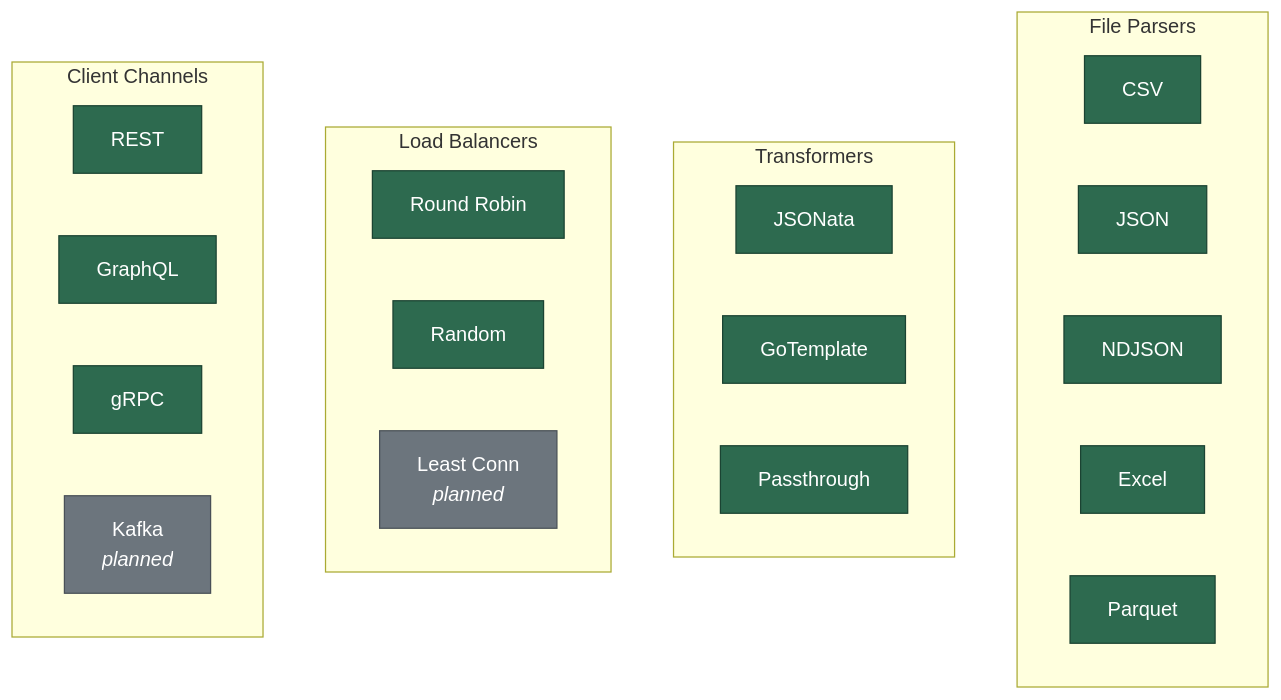
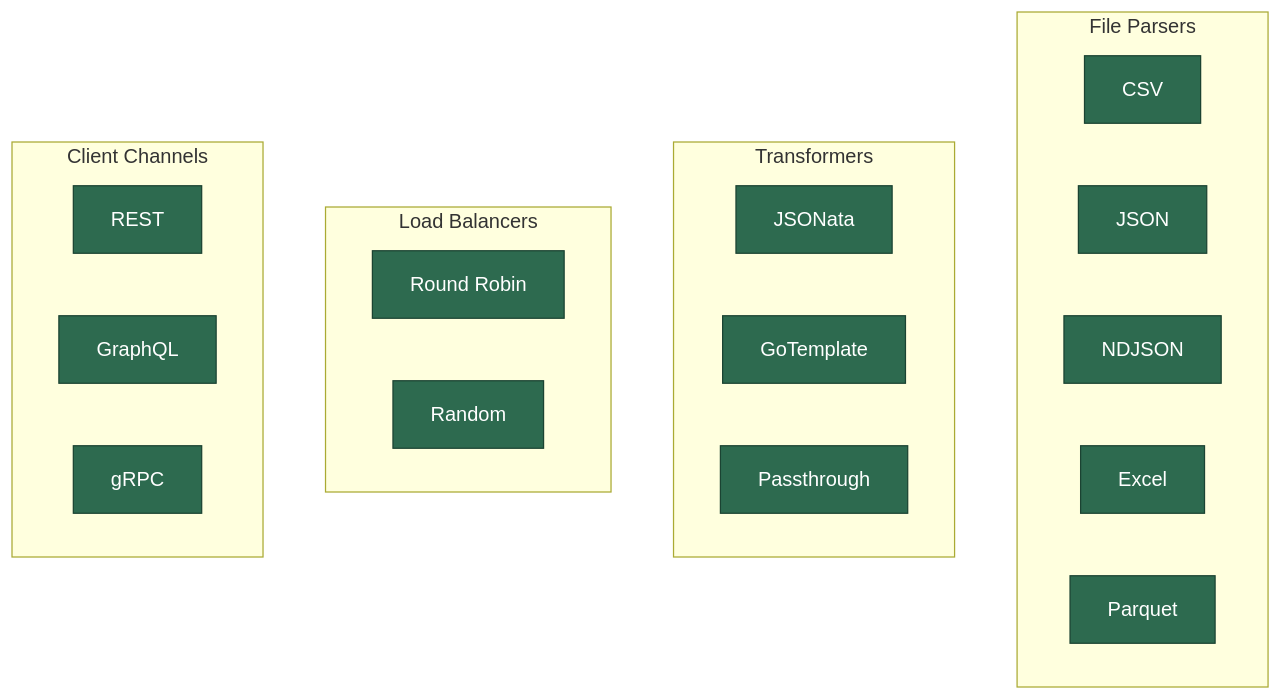
The second of 2 diagrams in README.md (Dhi13man/bombardment-runner), drawn with Mermaid before and after one commit. The commit also changed other lines of this file, not shown here.

First line of the commit message:
docs(readme): remove planned items, fix strategy references

````diff
--- a/README.md
+++ b/README.md
@@ -253,48 +253,43 @@
 ```mermaid
 flowchart TD
     subgraph Parsers[File Parsers]
         CSV[CSV]
         JSON_P[JSON]
         NDJSON[NDJSON]
         EXCEL[Excel]
         PARQUET[Parquet]
     end
 
     subgraph Transformers
         JSONata[JSONata]
         GoTpl[GoTemplate]
         Pass[Passthrough]
     end
 
     subgraph LoadBalancers[Load Balancers]
         RR[Round Robin]
         Rand[Random]
-        LC[Least Conn<br><i>planned</i>]
     end
 
     subgraph Clients[Client Channels]
         REST[REST]
         GQL[GraphQL]
         GRPC[gRPC]
-        Kafka[Kafka<br><i>planned</i>]
     end
 
     classDef implemented fill:#2d6a4f,stroke:#1b4332,color:#fff
-    classDef planned fill:#6c757d,stroke:#495057,color:#fff
 
     CSV:::implemented
     JSON_P:::implemented
     NDJSON:::implemented
     EXCEL:::implemented
     PARQUET:::implemented
     JSONata:::implemented
     GoTpl:::implemented
     Pass:::implemented
     RR:::implemented
     Rand:::implemented
-    LC:::planned
     REST:::implemented
     GQL:::implemented
     GRPC:::implemented
-    Kafka:::planned
 ```
````
